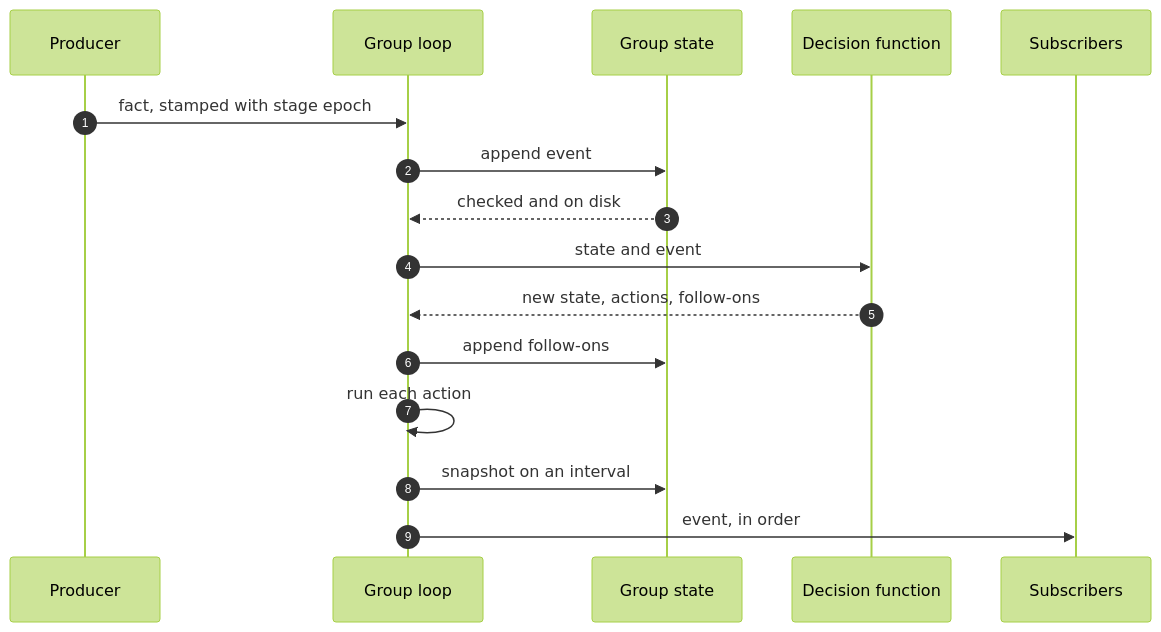
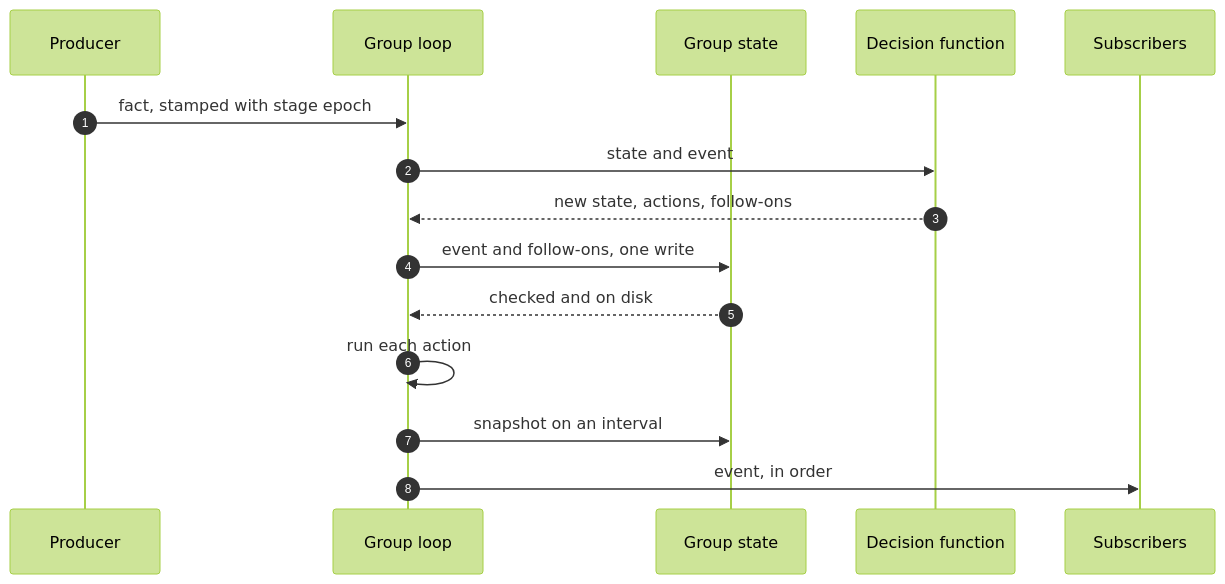
One commit to rdevitto86/komodo-agentic-harness-coding changed the fourth of 5 diagrams in docs/hld.md. Above: the diagram before and after it, drawn with Mermaid (forest theme). The commit also changed other lines of this file and 1 other file, not shown here.

````diff
--- a/docs/hld.md
+++ b/docs/hld.md
@@ -230,18 +230,17 @@
 ```mermaid
 sequenceDiagram
   autonumber
   participant P as Producer
   participant D as Group loop
   participant G as Group state
   participant N as Decision function
   participant S as Subscribers
   P->>D: fact, stamped with stage epoch
-  D->>G: append event
-  G-->>D: checked and on disk
   D->>N: state and event
   N-->>D: new state, actions, follow-ons
-  D->>G: append follow-ons
+  D->>G: event and follow-ons, one write
+  G-->>D: checked and on disk
   D->>D: run each action
   D->>G: snapshot on an interval
   D->>S: event, in order
 ```
````
